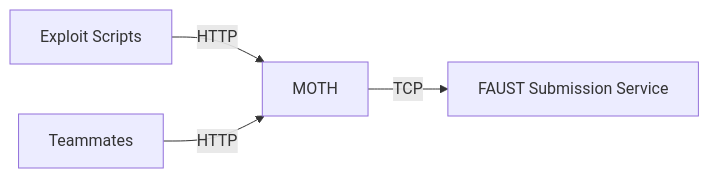
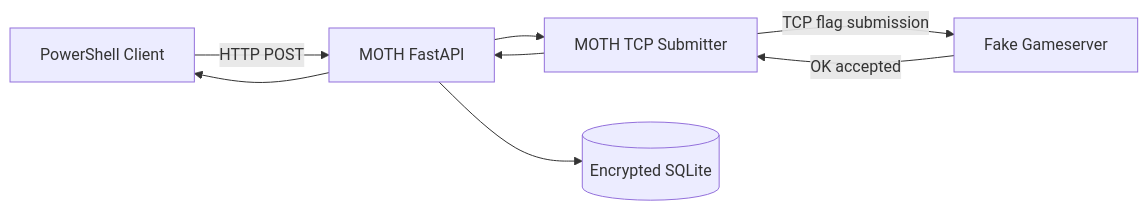
Before and after one commit to Denis-Krueger-labs/MOTH: the tenth of 12 diagrams in README.md, drawn with Mermaid. The commit also changed other lines of this file and 2 other files, not shown here.

Commit message:
mof documented the nest and wired the flag path

````diff
--- a/README.md
+++ b/README.md
@@ -315,6 +686,16 @@
 ```mermaid
 flowchart LR
-    E[Exploit Scripts] -->|HTTP| M[MOTH]
-    T[Teammates] -->|HTTP| M
-    M -->|TCP| F[FAUST Submission Service]
+    PS[PowerShell Client]
+    API[MOTH FastAPI]
+    TCP[MOTH TCP Submitter]
+    FAKE[Fake Gameserver]
+    DB[(Encrypted SQLite)]
+
+    PS -->|HTTP POST| API
+    API --> TCP
+    TCP -->|TCP flag submission| FAKE
+    FAKE -->|OK accepted| TCP
+    TCP --> API
+    API --> DB
+    API --> PS
 ```
````
